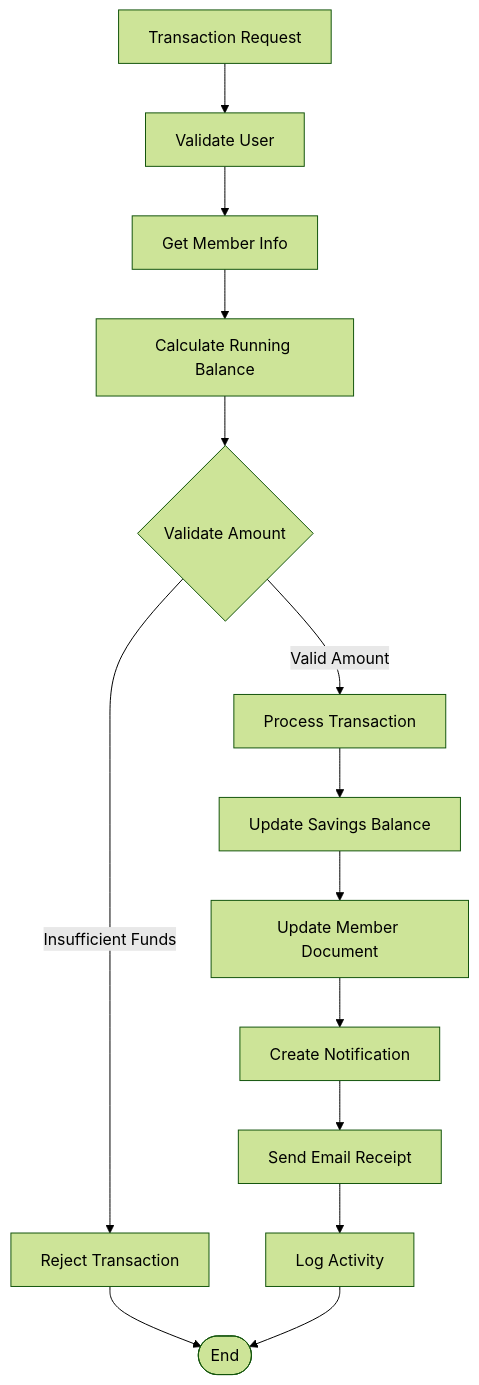
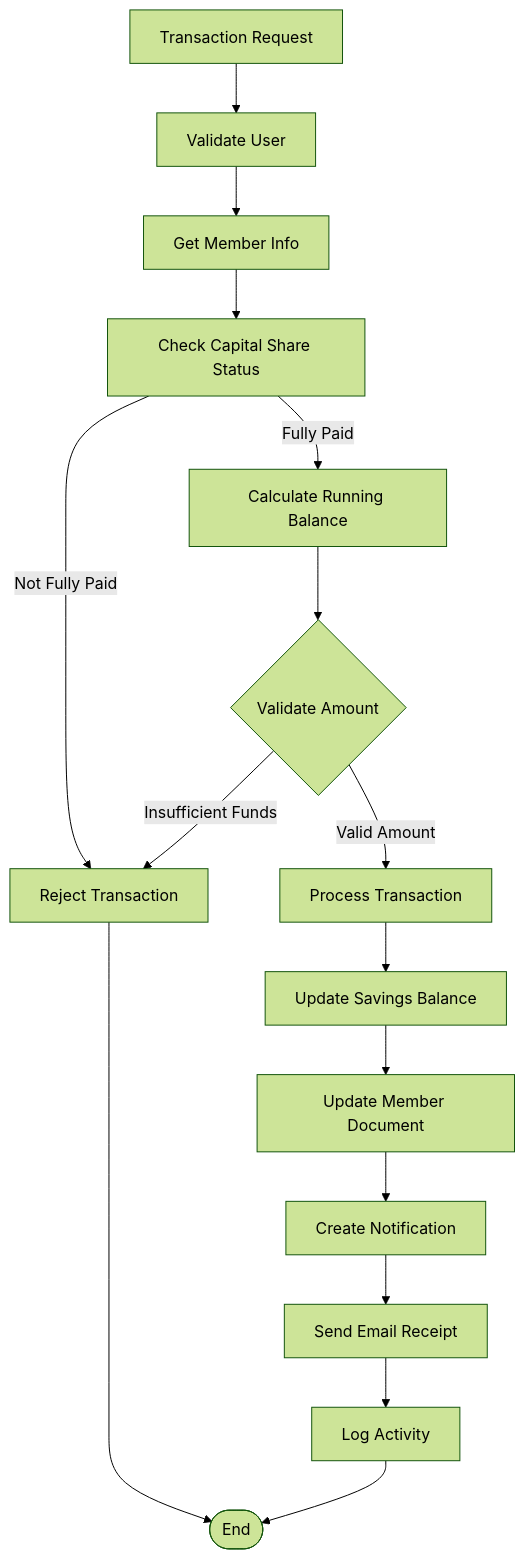
One commit to Unsure-bry/sampacoop_system changed the eighth of 15 diagrams in .qoder/repowiki/en/content/Project Overview/Core Features & Functionality/Administrative Features/Capital Shares Management System.md. Above: the diagram before and after it, drawn with Mermaid (forest theme). The commit also changed other lines of this file and 3 other files, not shown here.

Commit message:
Update for capital shares transaction

````diff
--- a/.qoder/repowiki/en/content/Project Overview/Core Features & Functionality/Administrative Features/Capital Shares Management System.md
+++ b/.qoder/repowiki/en/content/Project Overview/Core Features & Functionality/Administrative Features/Capital Shares Management System.md
@@ -455,16 +462,18 @@
 ```mermaid
 flowchart TD
 TransactionRequest[Transaction Request] --> ValidateUser[Validate User]
 ValidateUser --> GetUserMember[Get Member Info]
-GetUserMember --> CalculateBalance[Calculate Running Balance]
+GetUserMember --> CheckCapitalShare[Check Capital Share Status]
+CheckCapitalShare --> |Fully Paid| CalculateBalance[Calculate Running Balance]
+CheckCapitalShare --> |Not Fully Paid| RejectTransaction[Reject Transaction]
 CalculateBalance --> ValidateAmount{Validate Amount}
 ValidateAmount --> |Insufficient Funds| RejectTransaction[Reject Transaction]
 ValidateAmount --> |Valid Amount| ProcessTransaction[Process Transaction]
 ProcessTransaction --> UpdateSavings[Update Savings Balance]
 UpdateSavings --> UpdateMember[Update Member Document]
 UpdateMember --> CreateNotification[Create Notification]
 CreateNotification --> SendEmail[Send Email Receipt]
 SendEmail --> LogActivity[Log Activity]
 RejectTransaction --> End([End])
 LogActivity --> End
 ```
````
